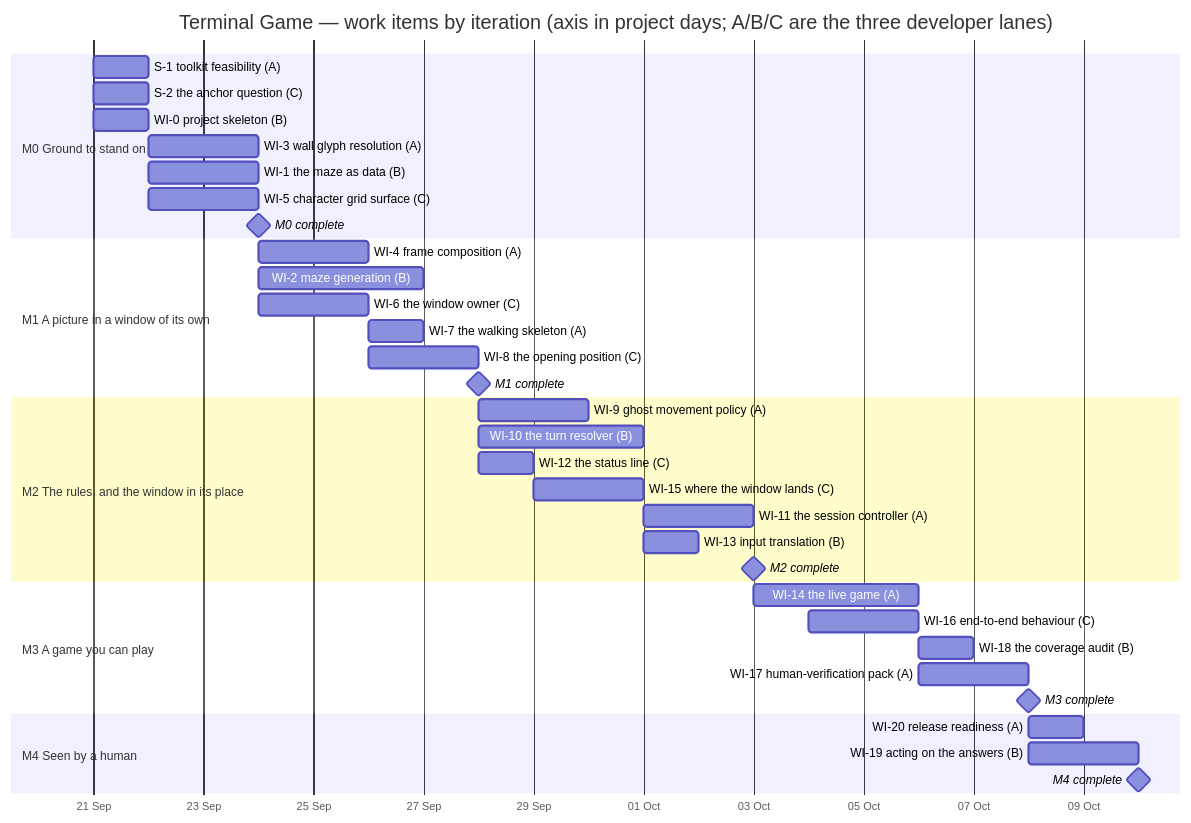
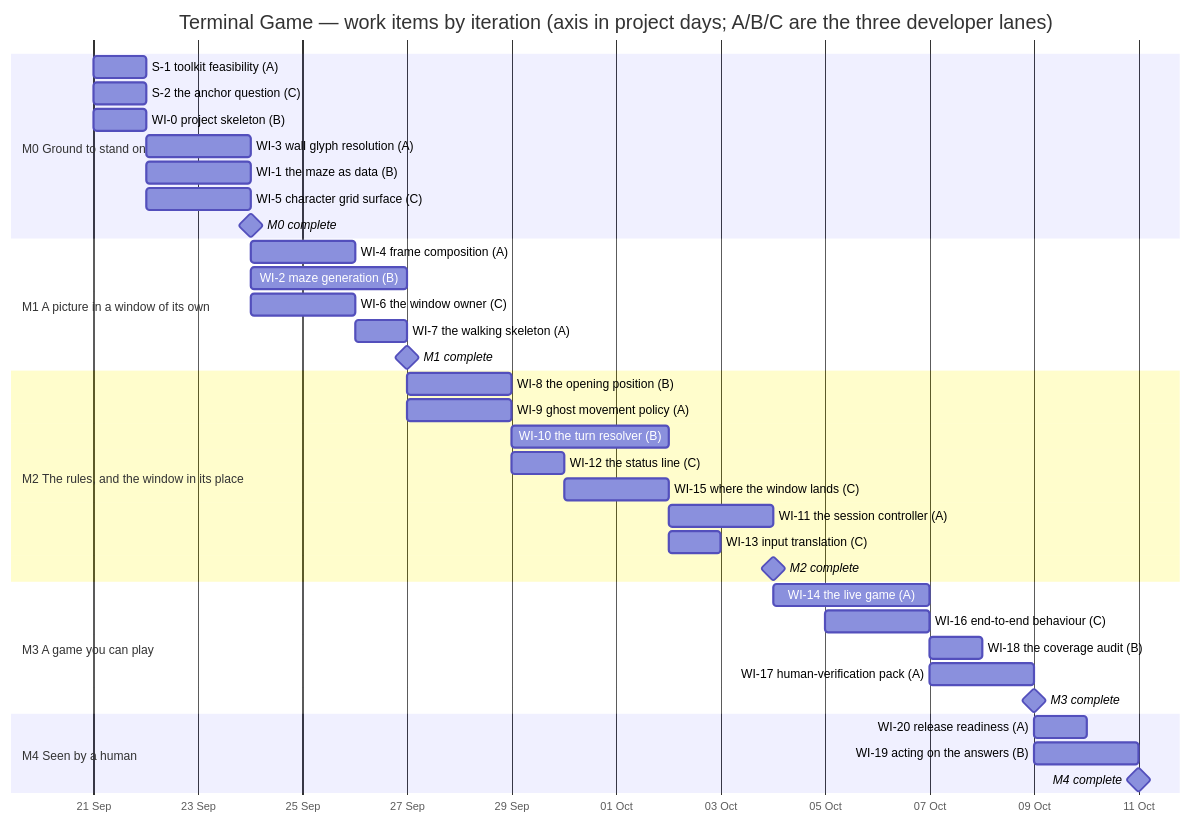
The first of 2 diagrams in docs/IMPLEMENTATION_PLAN.md (replicant1/NewTerminalGame), drawn with Mermaid before and after one commit. The commit also changed other lines of this file and 1 other file, not shown here.

````diff
--- a/docs/IMPLEMENTATION_PLAN.md
+++ b/docs/IMPLEMENTATION_PLAN.md
@@ -802,44 +814,44 @@
 ```mermaid
 gantt
   title Terminal Game — work items by iteration (axis in project days; A/B/C are the three developer lanes)
   dateFormat YYYY-MM-DD
   axisFormat %d %b
 
   section M0 Ground to stand on
   S-1  toolkit feasibility (A)      :s1,   2026-09-21, 1d
   S-2  the anchor question (C)      :s2,   2026-09-21, 1d
   WI-0 project skeleton (B)         :wi0,  2026-09-21, 1d
   WI-3 wall glyph resolution (A)    :wi3,  2026-09-22, 2d
   WI-1 the maze as data (B)         :wi1,  2026-09-22, 2d
   WI-5 character grid surface (C)   :wi5,  2026-09-22, 2d
   M0 complete                       :milestone, m0, 2026-09-24, 0d
 
   section M1 A picture in a window of its own
   WI-4 frame composition (A)        :wi4,  2026-09-24, 2d
   WI-2 maze generation (B)          :wi2,  2026-09-24, 3d
   WI-6 the window owner (C)         :wi6,  2026-09-24, 2d
   WI-7 the walking skeleton (A)     :wi7,  2026-09-26, 1d
-  WI-8 the opening position (C)     :wi8,  2026-09-26, 2d
-  M1 complete                       :milestone, m1, 2026-09-28, 0d
+  M1 complete                       :milestone, m1, 2026-09-27, 0d
 
   section M2 The rules, and the window in its place
-  WI-9  ghost movement policy (A)   :wi9,  2026-09-28, 2d
-  WI-10 the turn resolver (B)       :wi10, 2026-09-28, 3d
-  WI-12 the status line (C)         :wi12, 2026-09-28, 1d
-  WI-15 where the window lands (C)  :wi15, 2026-09-29, 2d
-  WI-11 the session controller (A)  :wi11, 2026-10-01, 2d
-  WI-13 input translation (B)       :wi13, 2026-10-01, 1d
-  M2 complete                       :milestone, m2, 2026-10-03, 0d
+  WI-8  the opening position (B)    :wi8,  2026-09-27, 2d
+  WI-9  ghost movement policy (A)   :wi9,  2026-09-27, 2d
+  WI-10 the turn resolver (B)       :wi10, 2026-09-29, 3d
+  WI-12 the status line (C)         :wi12, 2026-09-29, 1d
+  WI-15 where the window lands (C)  :wi15, 2026-09-30, 2d
+  WI-11 the session controller (A)  :wi11, 2026-10-02, 2d
+  WI-13 input translation (C)       :wi13, 2026-10-02, 1d
+  M2 complete                       :milestone, m2, 2026-10-04, 0d
 
   section M3 A game you can play
-  WI-14 the live game (A)           :wi14, 2026-10-03, 3d
-  WI-16 end-to-end behaviour (C)    :wi16, 2026-10-04, 2d
-  WI-18 the coverage audit (B)      :wi18, 2026-10-06, 1d
-  WI-17 human-verification pack (A) :wi17, 2026-10-06, 2d
-  M3 complete                       :milestone, m3, 2026-10-08, 0d
+  WI-14 the live game (A)           :wi14, 2026-10-04, 3d
+  WI-16 end-to-end behaviour (C)    :wi16, 2026-10-05, 2d
+  WI-18 the coverage audit (B)      :wi18, 2026-10-07, 1d
+  WI-17 human-verification pack (A) :wi17, 2026-10-07, 2d
+  M3 complete                       :milestone, m3, 2026-10-09, 0d
 
   section M4 Seen by a human
-  WI-20 release readiness (A)       :wi20, 2026-10-08, 1d
-  WI-19 acting on the answers (B)   :wi19, 2026-10-08, 2d
-  M4 complete                       :milestone, m4, 2026-10-10, 0d
+  WI-20 release readiness (A)       :wi20, 2026-10-09, 1d
+  WI-19 acting on the answers (B)   :wi19, 2026-10-09, 2d
+  M4 complete                       :milestone, m4, 2026-10-11, 0d
 ```
````
